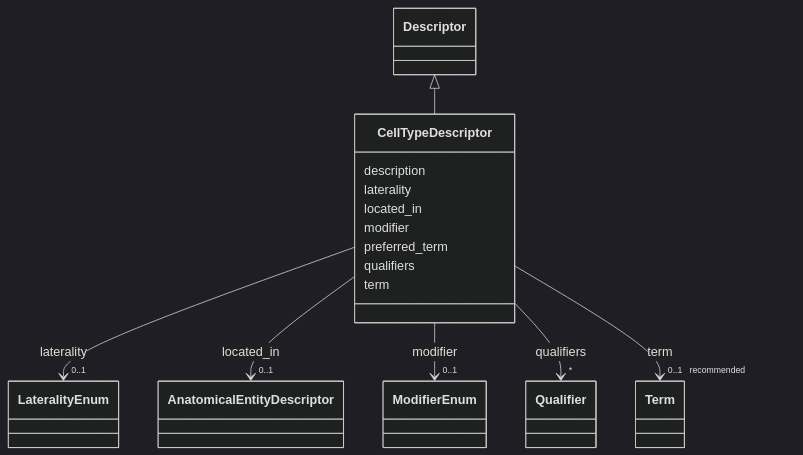
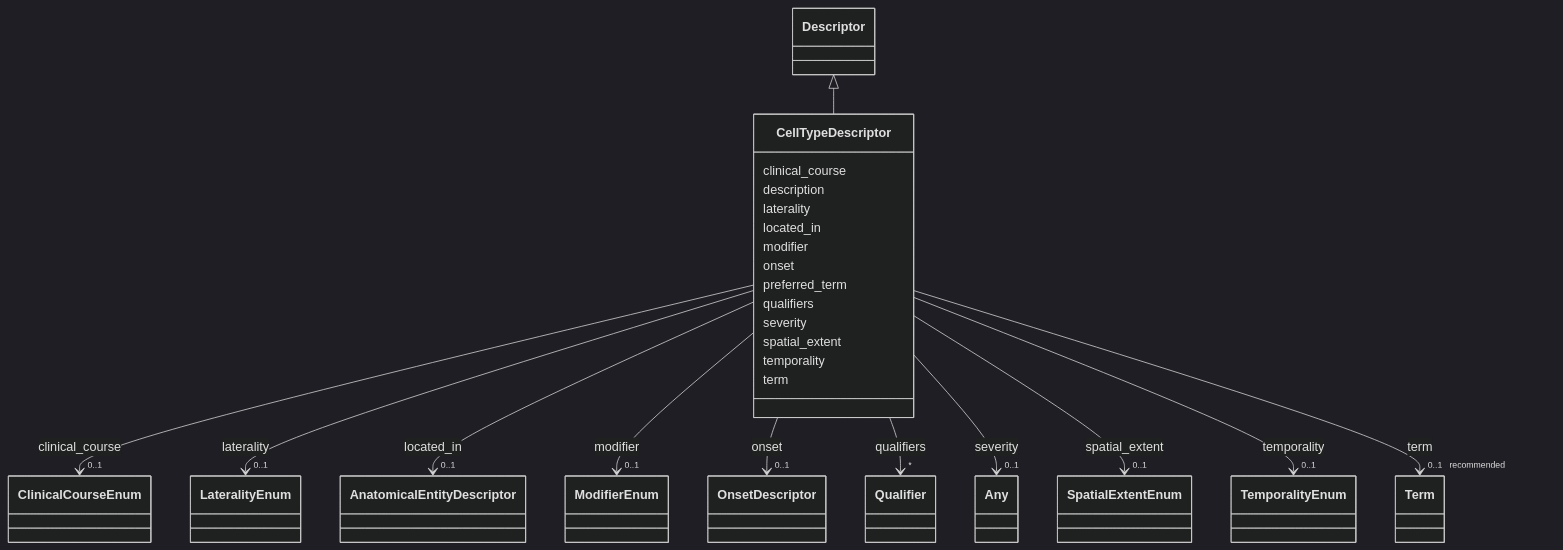
The diagram in docs/schema/classes/CellTypeDescriptor.md (monarch-initiative/dismech), drawn with Mermaid (dark theme) before and after one commit. The commit also changed other lines of this file and 1343 other files, not shown here.

First line of the commit message:
docs: regenerate schema docs and point design-decisions link at rendered page

```diff
--- a/docs/schema/classes/CellTypeDescriptor.md
+++ b/docs/schema/classes/CellTypeDescriptor.md
@@ -22,6 +22,17 @@
       Descriptor <|-- CellTypeDescriptor
         click Descriptor href "../../classes/Descriptor/"
       
+      CellTypeDescriptor : clinical_course
+        
+          
+    
+        
+        
+        CellTypeDescriptor --> "0..1" ClinicalCourseEnum : clinical_course
+        click ClinicalCourseEnum href "../../enums/ClinicalCourseEnum/"
+    
+
+        
       CellTypeDescriptor : description
         
       CellTypeDescriptor : laterality
@@ -57,6 +68,17 @@
     
 
         
+      CellTypeDescriptor : onset
+        
+          
+    
+        
+        
+        CellTypeDescriptor --> "0..1" OnsetDescriptor : onset
+        click OnsetDescriptor href "../../classes/OnsetDescriptor/"
+    
+
+        
       CellTypeDescriptor : preferred_term
         
       CellTypeDescriptor : qualifiers
@@ -67,6 +89,39 @@
         
         CellTypeDescriptor --> "*" Qualifier : qualifiers
         click Qualifier href "../../classes/Qualifier/"
+    
+
+        
+      CellTypeDescriptor : severity
+        
+          
+    
+        
+        
+        CellTypeDescriptor --> "0..1" Any : severity
+        click Any href "../../classes/Any/"
+    
+
+        
+      CellTypeDescriptor : spatial_extent
+        
+          
+    
+        
+        
+        CellTypeDescriptor --> "0..1" SpatialExtentEnum : spatial_extent
+        click SpatialExtentEnum href "../../enums/SpatialExtentEnum/"
+    
+
+        
+      CellTypeDescriptor : temporality
+        
+          
+    
+        
+        
+        CellTypeDescriptor --> "0..1" TemporalityEnum : temporality
+        click TemporalityEnum href "../../enums/TemporalityEnum/"
     
 
         
```
